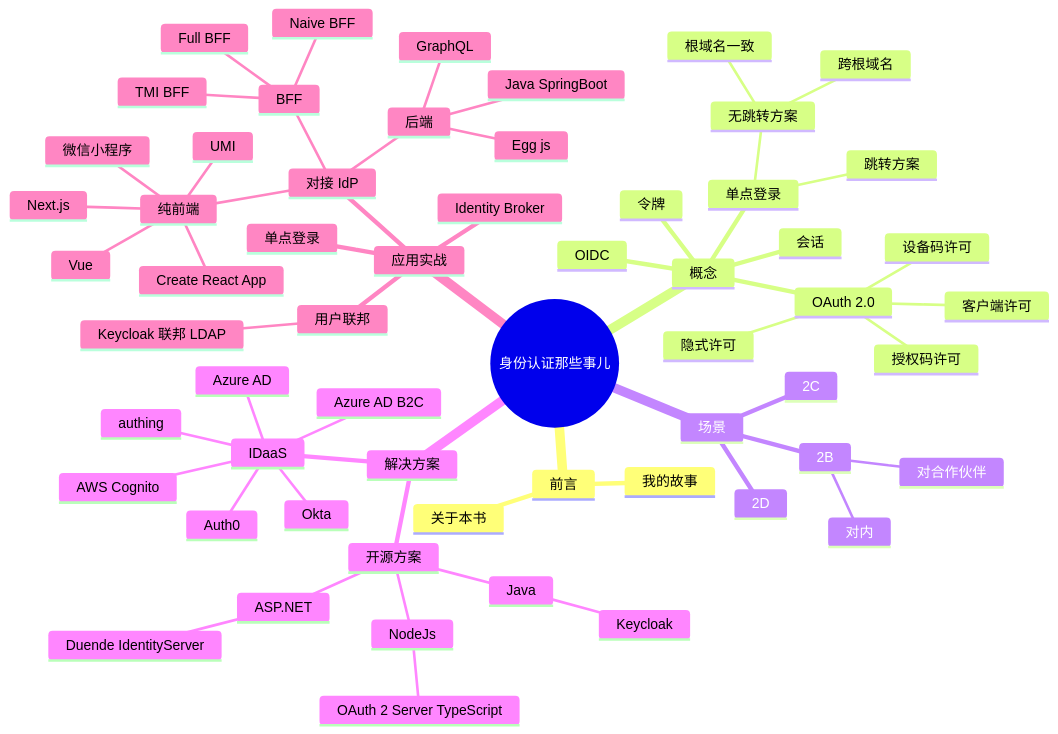
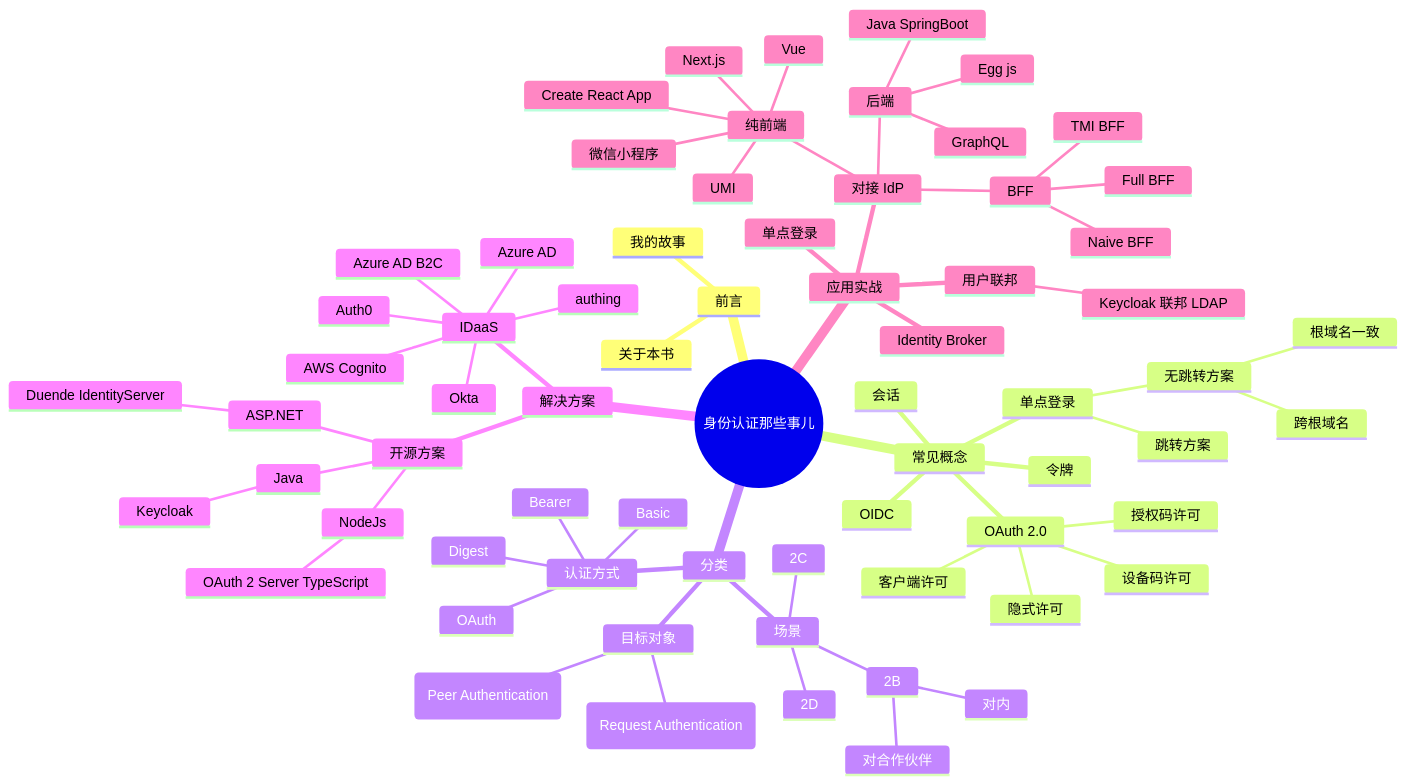
Before and after one commit to Jeff-Tian/AllAboutIdentity: the first of 2 diagrams in docs/idea.md, drawn with Mermaid.

````diff
--- a/docs/idea.md
+++ b/docs/idea.md
@@ -5,62 +5,71 @@
 ```mermaid
 mindmap
   root((身份认证那些事儿))
     前言
       我的故事
       关于本书
-    概念
+    常见概念
       会话
       令牌
       OAuth 2.0
         授权码许可
         客户端许可
         隐式许可
         设备码许可
       OIDC
       单点登录
         跳转方案
         无跳转方案
           根域名一致
           跨根域名
-    场景
-      2B
-        对内
-        对合作伙伴
-      2C
-      2D
+    分类
+      场景
+        2B
+          对内
+          对合作伙伴
+        2C
+        2D
+      目标对象
+        机器 (Peer Authentication)
+        人类 (Request Authentication)
+      认证方式
+        Basic
+        Digest
+        OAuth
+        Bearer
     解决方案
       IDaaS
         authing
         Okta
         Auth0
         Azure AD
         Azure AD B2C
         AWS Cognito
       开源方案
         Java
           Keycloak
         ASP.NET
           Duende IdentityServer
         NodeJs
           OAuth 2 Server TypeScript
     应用实战
       对接 IdP
         纯前端
           UMI
           Next.js
           Create React App
           Vue
           微信小程序
         BFF
           Naive BFF
           TMI BFF
           Full BFF
         后端
           Java SpringBoot
           Egg js
           GraphQL
       用户联邦
         Keycloak 联邦 LDAP
       Identity Broker
       单点登录
 ```
````
